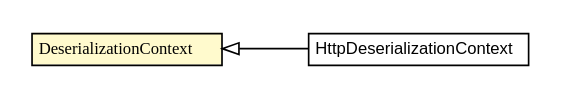
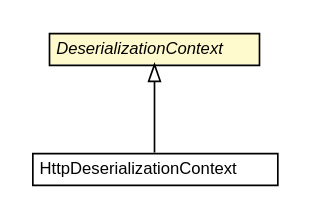
Before and after one commit to reinert/requestor: the diagram in 0.3.0-SNAPSHOT/javadoc/apidocs/io/reinert/requestor/serialization/DeserializationContext.dot, drawn with Graphviz. The commit also changed 1943 other files, not shown here.

```diff
--- a/0.3.0-SNAPSHOT/javadoc/apidocs/io/reinert/requestor/serialization/DeserializationContext.dot
+++ b/0.3.0-SNAPSHOT/javadoc/apidocs/io/reinert/requestor/serialization/DeserializationContext.dot
@@ -1,27 +1,26 @@
 #!/usr/local/bin/dot
 #
 # Class diagram 
 # Generated by UMLGraph version R5_6-24-gf6e263 (http://www.umlgraph.org/)
 #
 
 digraph G {
-	edge [fontname="arial",fontsize=10,labelfontname="arial",labelfontsize=10];
-	node [fontname="arial",fontsize=10,shape=plaintext];
+	edge [fontname="Helvetica",fontsize=10,labelfontname="Helvetica",labelfontsize=10];
+	node [fontname="Helvetica",fontsize=10,shape=plaintext];
 	nodesep=0.25;
 	ranksep=0.5;
-	rankdir=LR;
 	// io.reinert.requestor.HttpDeserializationContext
-	c3386 [label=<<table title="io.reinert.requestor.HttpDeserializationContext" border="0" cellborder="1" cellspacing="0" cellpadding="2" port="p" href="../HttpDeserializationContext.html">
+	c6798 [label=<<table title="io.reinert.requestor.HttpDeserializationContext" border="0" cellborder="1" cellspacing="0" cellpadding="2" port="p" href="../HttpDeserializationContext.html">
 		<tr><td><table border="0" cellspacing="0" cellpadding="1">
 <tr><td align="center" balign="center"> HttpDeserializationContext </td></tr>
 		</table></td></tr>
-		</table>>, URL="../HttpDeserializationContext.html", fontname="arial", fontcolor="black", fontsize=10.0];
+		</table>>, URL="../HttpDeserializationContext.html", fontname="Helvetica", fontcolor="black", fontsize=10.0];
 	// io.reinert.requestor.serialization.DeserializationContext
-	c3430 [label=<<table title="io.reinert.requestor.serialization.DeserializationContext" border="0" cellborder="1" cellspacing="0" cellpadding="2" port="p" bgcolor="lemonChiffon" href="./DeserializationContext.html">
+	c6826 [label=<<table title="io.reinert.requestor.serialization.DeserializationContext" border="0" cellborder="1" cellspacing="0" cellpadding="2" port="p" bgcolor="lemonChiffon" href="./DeserializationContext.html">
 		<tr><td><table border="0" cellspacing="0" cellpadding="1">
-<tr><td align="center" balign="center"><font face="arial italic"> DeserializationContext </font></td></tr>
+<tr><td align="center" balign="center"><font face="Helvetica-Oblique"> DeserializationContext </font></td></tr>
 		</table></td></tr>
-		</table>>, URL="./DeserializationContext.html", fontname="arial", fontcolor="black", fontsize=10.0];
+		</table>>, URL="./DeserializationContext.html", fontname="Helvetica", fontcolor="black", fontsize=10.0];
 	//io.reinert.requestor.HttpDeserializationContext extends io.reinert.requestor.serialization.DeserializationContext
-	c3430:p -> c3386:p [dir=back,arrowtail=empty];
+	c6826:p -> c6798:p [dir=back,arrowtail=empty];
 }
```
